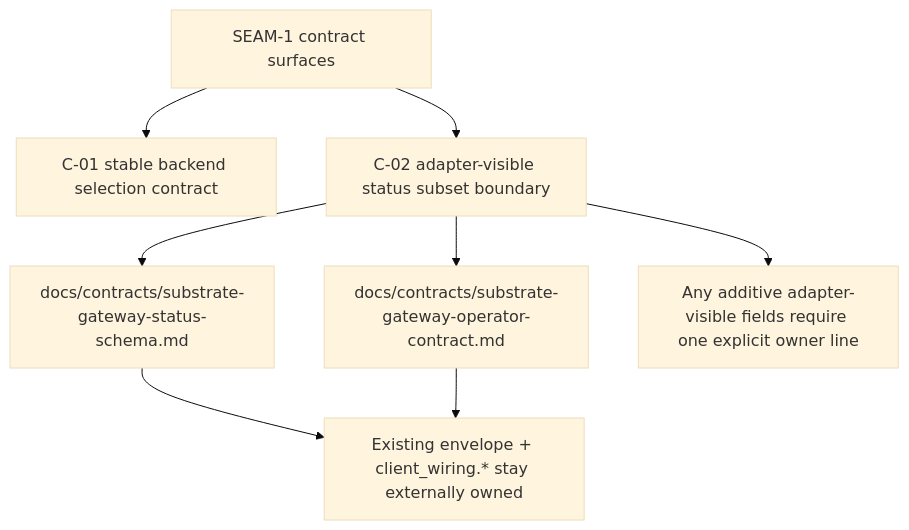
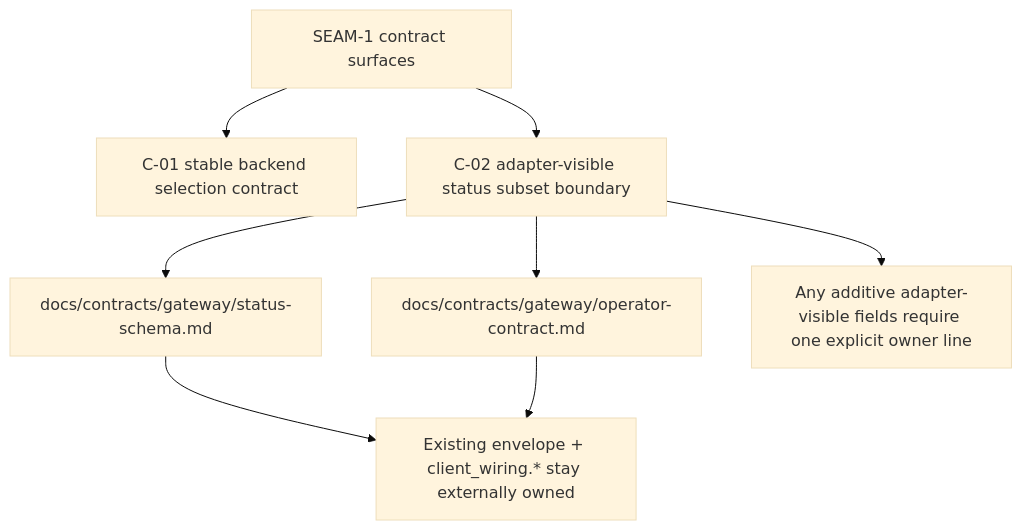
One commit to atomize-hq/substrate changed the second of 2 diagrams in docs/project_management/packs/draft/substrate-gateway-backend-adapter-contract/threaded-seams/seam-1-adapter-selection-boundary/review.md. Above: the diagram before and after it, drawn with Mermaid (base theme). The commit also changed other lines of this file and 133 other files, not shown here.

Commit message:
Reorganize gateway contracts under docs/contracts/gateway

````diff
--- a/docs/project_management/packs/draft/substrate-gateway-backend-adapter-contract/threaded-seams/seam-1-adapter-selection-boundary/review.md
+++ b/docs/project_management/packs/draft/substrate-gateway-backend-adapter-contract/threaded-seams/seam-1-adapter-selection-boundary/review.md
@@ -38,10 +38,10 @@
 ```mermaid
 flowchart TB
   S["SEAM-1 contract surfaces"] --> C1["C-01 stable backend selection contract"]
   S --> C2["C-02 adapter-visible status subset boundary"]
-  C2 --> StatusSchema["docs/contracts/substrate-gateway-status-schema.md"]
-  C2 --> Operator["docs/contracts/substrate-gateway-operator-contract.md"]
+  C2 --> StatusSchema["docs/contracts/gateway/status-schema.md"]
+  C2 --> Operator["docs/contracts/gateway/operator-contract.md"]
   StatusSchema --> Bound["Existing envelope + client_wiring.* stay externally owned"]
   Operator --> Bound
   C2 --> Subset["Any additive adapter-visible fields require one explicit owner line"]
 ```
````
